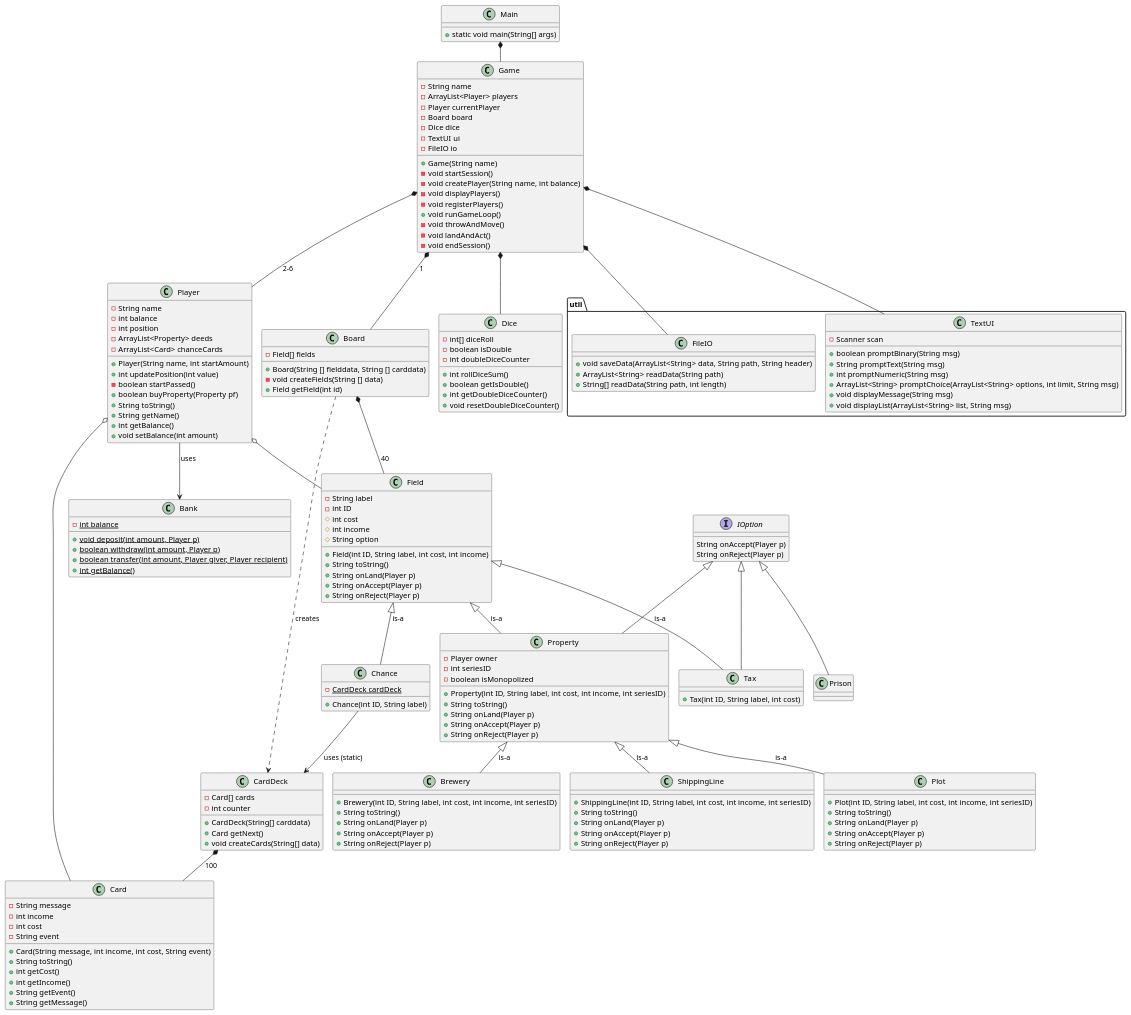
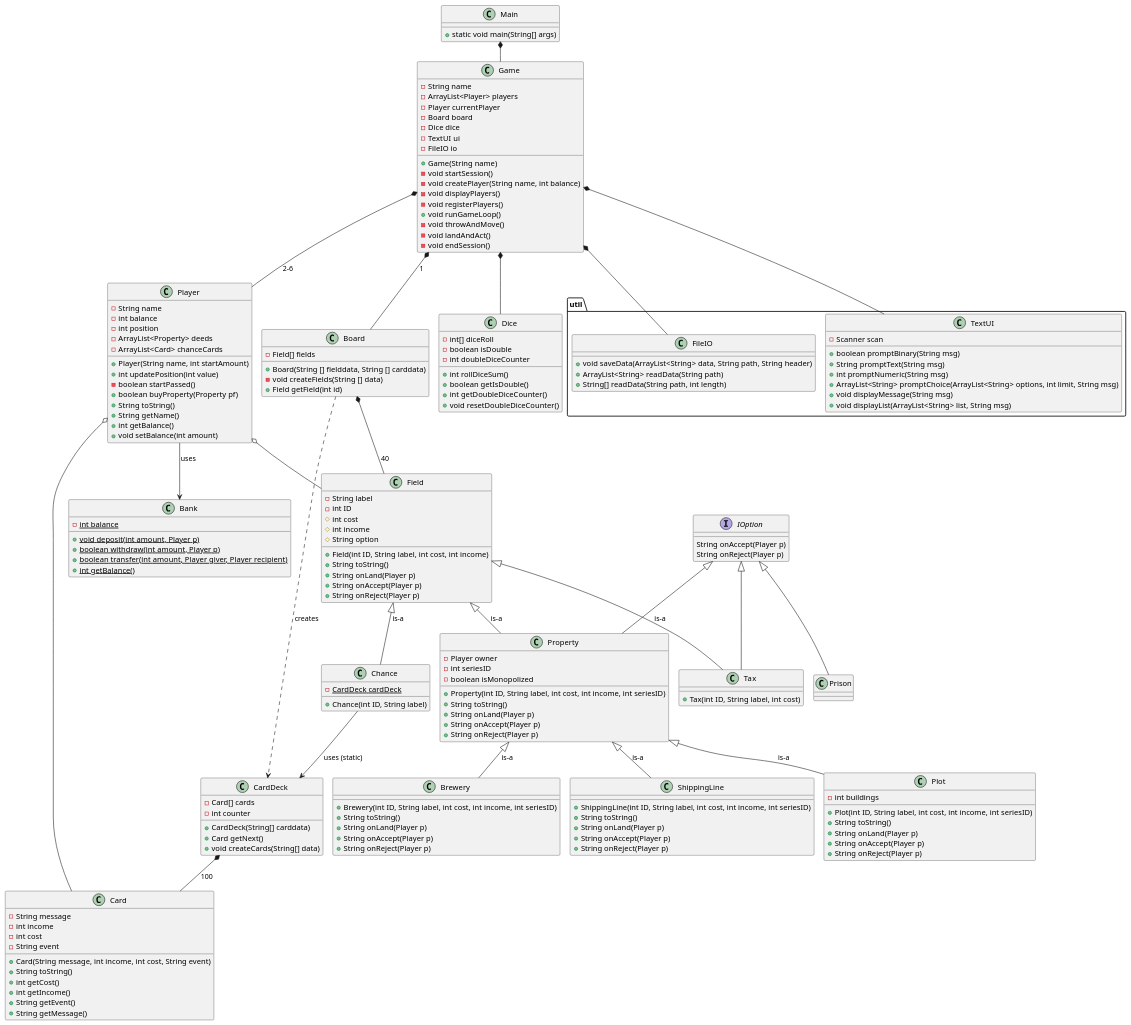
One commit to Dat1Cphbusiness/MonopolyE25 changed the diagram in doc/plan/static/classdiagram_v2.puml. Above: the diagram before and after it, drawn with PlantUML. The commit also changed 3 other files, not shown here.

```diff
--- a/doc/plan/static/classdiagram_v2.puml
+++ b/doc/plan/static/classdiagram_v2.puml
@@ -1,198 +1,199 @@
 @startuml
 !pragma layout smetana
 
 class Main{
 + static void main(String[] args)
 }
 
 
 
 
 class Game{
  - String name
  - ArrayList<Player> players
  - Player currentPlayer
  - Board board
  - Dice dice
  'utilities
   - TextUI ui
   - FileIO io
   'Contructor
  + Game(String name)
  'Methods
  - void startSession()
  - void createPlayer(String name, int balance)
  - void displayPlayers()
  - void registerPlayers()
  + void runGameLoop()
  - void throwAndMove()
  - void landAndAct()
  - void endSession()
 
 }
 
 
 class Player{
 - String name
 - int balance
 - int position
 - ArrayList<Property> deeds
 - ArrayList<Card> chanceCards
 + Player(String name, int startAmount)
 + int updatePosition(int value)
 - boolean startPassed()
 + boolean buyProperty(Property pf)
 + String toString()
 + String getName()
 + int getBalance()
 + void setBalance(int amount)
 }
 
 
 class Bank{
 - {static} int balance
 + {static} void deposit(int amount, Player p)
 + {static} boolean withdraw(int amount, Player p)
 + {static} boolean transfer(int amount, Player giver, Player recipient)
 + {static} int getBalance()
 }
 
 class Field{
  - String label
  - int ID
  # int cost
  # int income
  # String option
  + Field(int ID, String label, int cost, int income)
  + String toString()
  + String onLand(Player p)
  + String onAccept(Player p)
  + String onReject(Player p)
 }
 class Board{
  - Field[] fields
  + Board(String [] fielddata, String [] carddata)
 'konstruktoren instansierer CardDeck med carddata som argument og tildeler til Chance.cardDeck
  - void createFields(String [] data)
  + Field getField(int id)
 
 }
 
 class Property{
  - Player owner
  - int seriesID
  - boolean isMonopolized
  + Property(int ID, String label, int cost, int income, int seriesID)
  + String toString()
   + String onLand(Player p)
   + String onAccept(Player p)
   + String onReject(Player p)
 }
 
 class Plot{
+ - int buildings
  + Plot(int ID, String label, int cost, int income, int seriesID)
  + String toString()
   + String onLand(Player p)
   + String onAccept(Player p)
   + String onReject(Player p)
  }
 
  class Brewery{
 
   + Brewery(int ID, String label, int cost, int income, int seriesID)
   + String toString()
    + String onLand(Player p)
    + String onAccept(Player p)
    + String onReject(Player p)
   }
 
   class ShippingLine{
 
    + ShippingLine(int ID, String label, int cost, int income, int seriesID)
    + String toString()
     + String onLand(Player p)
     + String onAccept(Player p)
     + String onReject(Player p)
    }
 
 class Chance{
  - {static} CardDeck cardDeck
  + Chance(int ID, String label)
 }
 class Tax{
  + Tax(int ID, String label, int cost)
 }
 class CardDeck {
 - Card[] cards
 - int counter
 + CardDeck(String[] carddata)
 + Card getNext()
 + void createCards(String[] data)
 }
 class Card{
 -String message
 -int income
 -int cost
 -String event
 +Card(String message, int income, int cost, String event)
 +String toString()
 + int getCost()
 + int getIncome()
 + String getEvent()
 + String getMessage()
 }
 
 class Dice{
  - int[] diceRoll
  - boolean isDouble
  - int doubleDiceCounter
  + int rollDiceSum()
  + boolean getIsDouble()
  + int getDoubleDiceCounter()
  + void resetDoubleDiceCounter()
  }
 package "util" {
 class TextUI {
 - Scanner scan
 + boolean promptBinary(String msg)
 + String promptText(String msg)
 + int promptNumeric(String msg)
 + ArrayList<String> promptChoice(ArrayList<String> options, int limit, String msg)
 + void displayMessage(String msg)
 + void displayList(ArrayList<String> list, String msg)
 }
 
 class FileIO{
 + void saveData(ArrayList<String> data, String path, String header)
 + ArrayList<String> readData(String path)
 + String[] readData(String path, int length)
 }
 }
 interface IOption{
  String onAccept(Player p)
  String onReject(Player p)
 }
 IOption <|-- Property
 IOption <|-- Tax
 IOption <|-- Prison
 Field <|-- Property: is-a
 Field <|-- Chance: is-a
 Field <|-- Tax: is-a
 Property <|-- Plot: is-a
 Property <|-- Brewery: is-a
  Property <|-- ShippingLine: is-a
 Game *-- TextUI
 Main *-- Game
 Game *-- Player: 2-6
 Game *-- FileIO
 Player --> Bank:uses
 Game *-- Board:1
 Board *-- Field:40
 Board ..> CardDeck : creates
 Chance --> CardDeck : uses (static)
 CardDeck *-- Card:100
 Game *-- Dice
 Player o-- Card
 Player o-- Field
 
 @enduml
```
